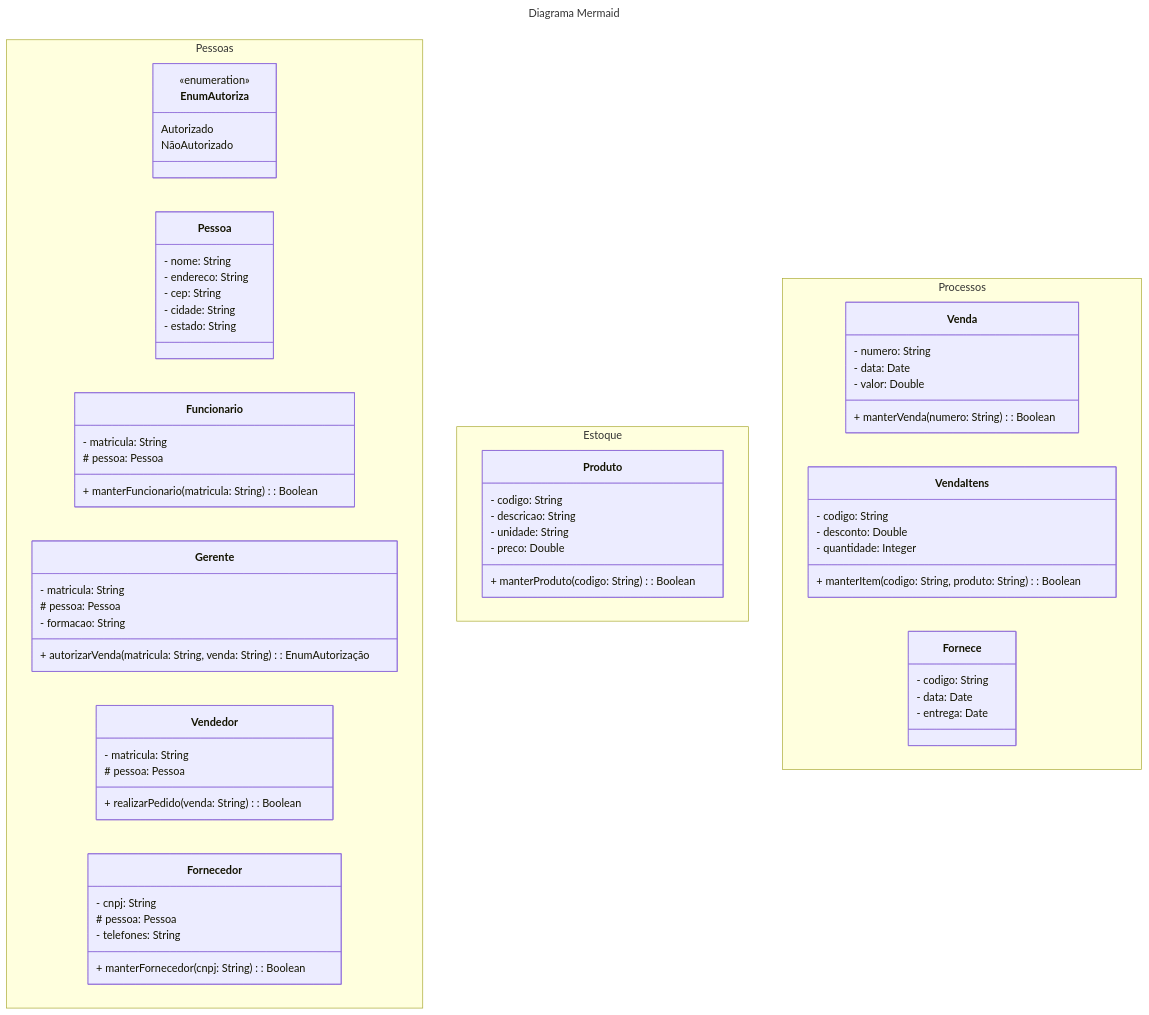
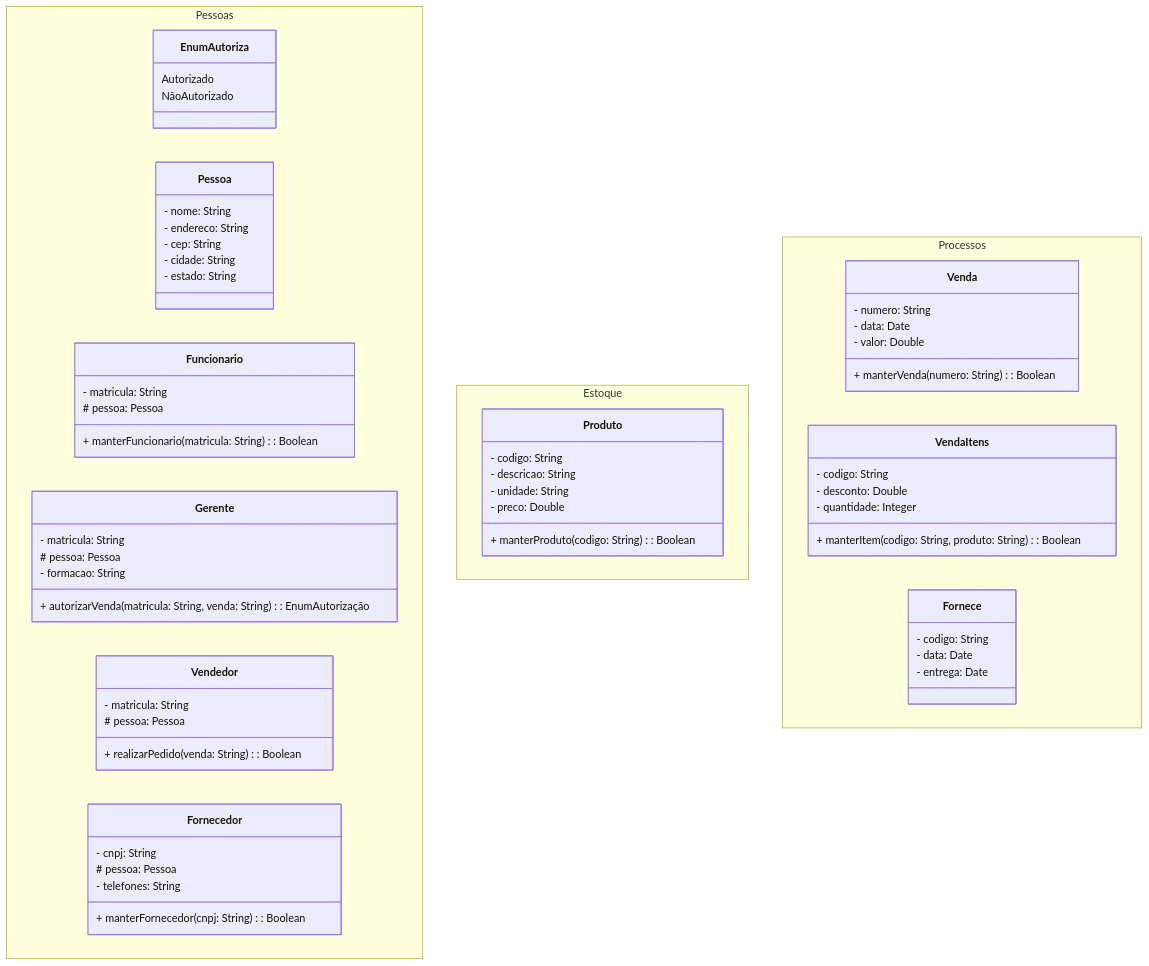
Before and after one commit to h4mn/fatec_engenharia: the second of 2 diagrams in aulas/ES3m230830_04_0040482222015.md, drawn with Mermaid. The commit also changed other lines of this file and 10 other files, not shown here.

````diff
--- a/aulas/ES3m230830_04_0040482222015.md
+++ b/aulas/ES3m230830_04_0040482222015.md
@@ -192,70 +189,66 @@
 ```mermaid
----
-title: Diagrama Mermaid
----
 classDiagram
 namespace Pessoas {
     class EnumAutoriza {
-        <<enumeration>>
         Autorizado
         NãoAutorizado
     }
     class Pessoa {
         - nome: String
         - endereco: String
         - cep: String
         - cidade: String
         - estado: String
     }
     class Funcionario {
         - matricula: String
         # pessoa: Pessoa
         + manterFuncionario(matricula: String): Boolean
     }
     class Gerente {
         - matricula: String
         # pessoa: Pessoa
         - formacao: String
         + autorizarVenda(matricula: String, venda: String): EnumAutorização
     }
     class Vendedor {
         - matricula: String
         # pessoa: Pessoa
         + realizarPedido(venda: String): Boolean
     }
     class Fornecedor {
         - cnpj: String
         # pessoa: Pessoa
         - telefones: String
         + manterFornecedor(cnpj: String): Boolean
     }
 }
 namespace Estoque {
     class Produto {
         - codigo: String
         - descricao: String
         - unidade: String
         - preco: Double
         + manterProduto(codigo: String): Boolean
     }
 }
 namespace Processos {
     class Venda {
         - numero: String
         - data: Date
         - valor: Double
         + manterVenda(numero: String): Boolean
     }
     class VendaItens {
         - codigo: String
         - desconto: Double
         - quantidade: Integer
         + manterItem(codigo: String, produto: String): Boolean
     }
     class Fornece {
         - codigo: String
         - data: Date
         - entrega: Date
     }
 }
 ```
````
